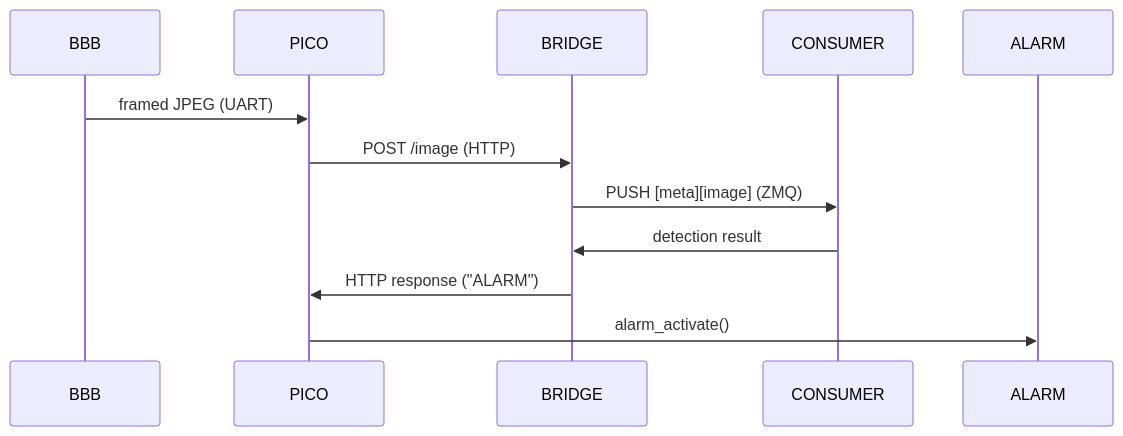
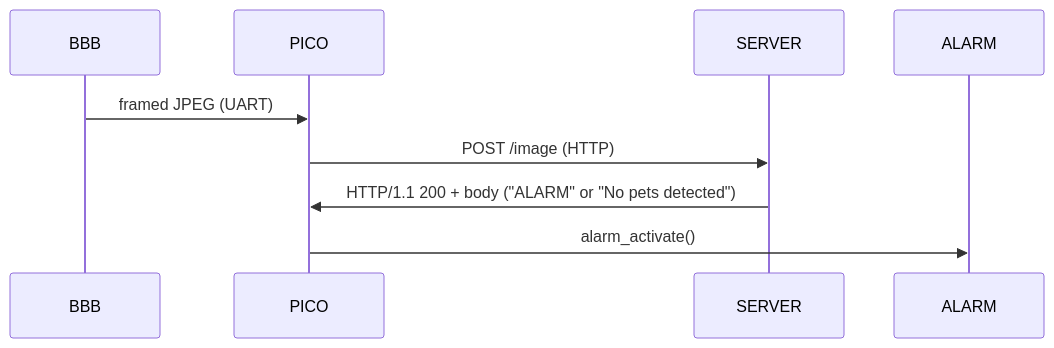
One commit to akaDestrocore/pet-watch-bbb changed the diagram in README.md. Above: the diagram before and after it, drawn with Mermaid. The commit also changed other lines of this file and 3 other files, not shown here.

````diff
--- a/README.md
+++ b/README.md
@@ -9,9 +10,7 @@
 ```mermaid
 sequenceDiagram
   BBB->>PICO: framed JPEG (UART)
-  PICO->>BRIDGE: POST /image (HTTP)
-  BRIDGE->>CONSUMER: PUSH [meta][image] (ZMQ)
-  CONSUMER->>BRIDGE: detection result
-  BRIDGE->>PICO: HTTP response ("ALARM")
+  PICO->>SERVER: POST /image (HTTP)
+  SERVER->>PICO: HTTP/1.1 200 + body ("ALARM" or "No pets detected")
   PICO->>ALARM: alarm_activate()
 ```
````
